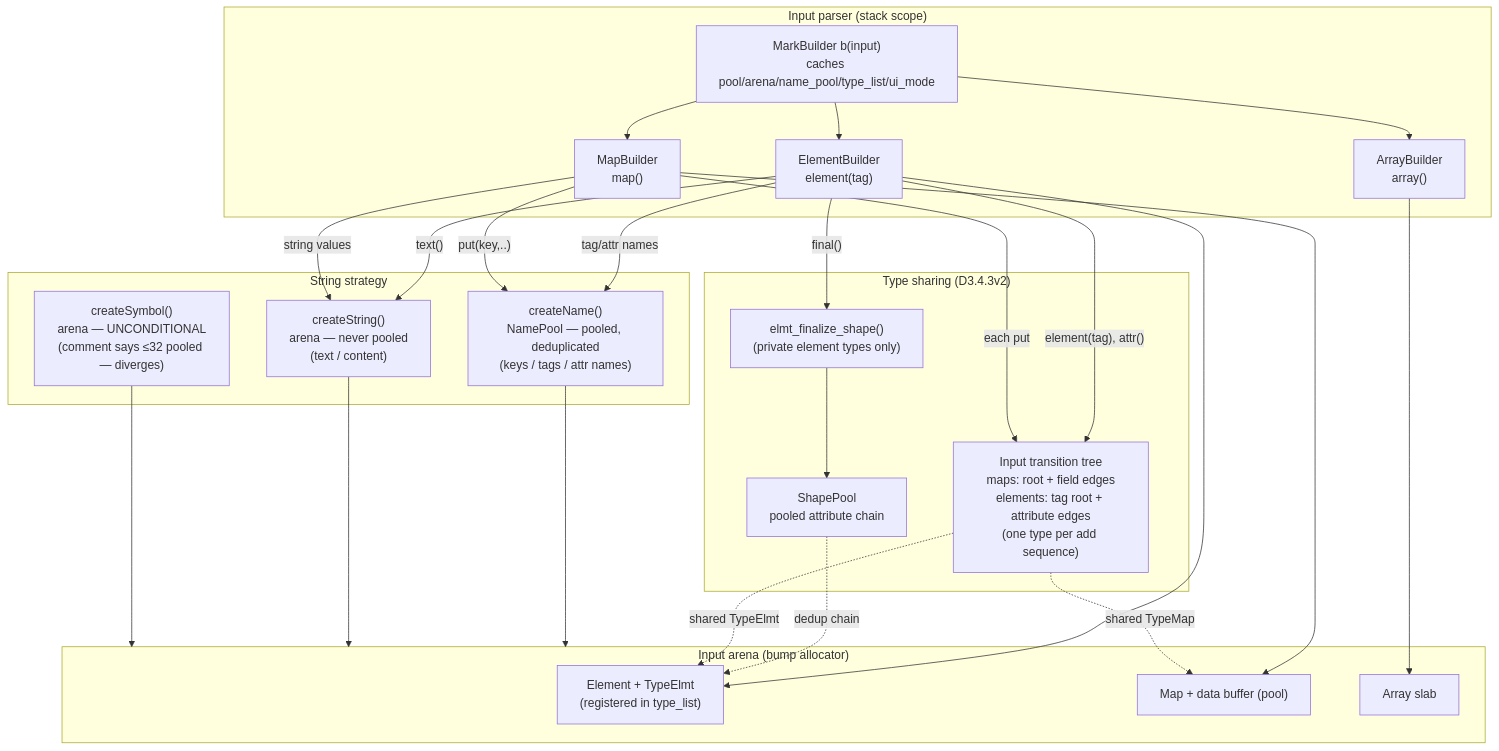
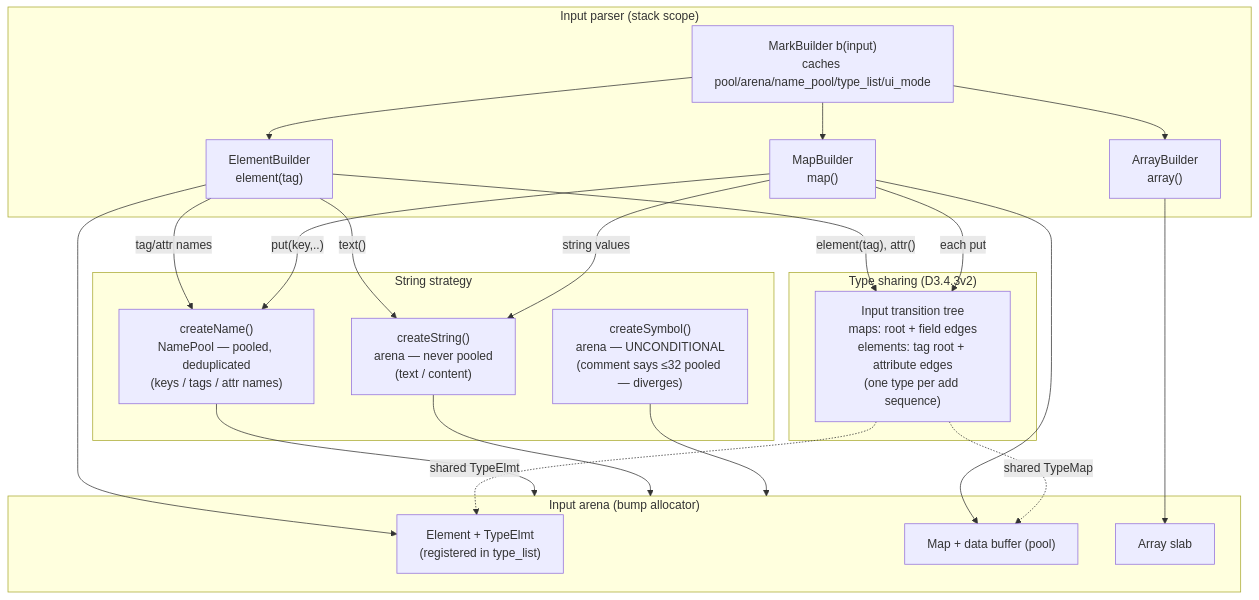
The diagram in doc/dev/lambda/diagram/d11_mark_builder.mmd (henry-luo/lambda), drawn with Mermaid before and after one commit. The commit also changed 33 other files, not shown here.

First line of the commit message:
retire the shape pool (P3)

```diff
--- a/doc/dev/lambda/diagram/d11_mark_builder.mmd
+++ b/doc/dev/lambda/diagram/d11_mark_builder.mmd
@@ -1,44 +1,40 @@
 flowchart TB
     subgraph Parser["Input parser (stack scope)"]
         MB["MarkBuilder b(input)\ncaches pool/arena/name_pool/type_list/ui_mode"]
         EB["ElementBuilder\nelement(tag)"]
         MapB["MapBuilder\nmap()"]
         ArrB["ArrayBuilder\narray()"]
     end
 
     subgraph Strings["String strategy"]
         CN["createName()\nNamePool — pooled, deduplicated\n(keys / tags / attr names)"]
         CS["createString()\narena — never pooled\n(text / content)"]
         CY["createSymbol()\narena — UNCONDITIONAL\n(comment says ≤32 pooled — diverges)"]
     end
 
     subgraph Arena["Input arena (bump allocator)"]
         ELMT["Element + TypeElmt\n(registered in type_list)"]
         MAP["Map + data buffer (pool)"]
         ARR["Array slab"]
     end
 
     subgraph Shapes["Type sharing (D3.4.3v2)"]
         TT["Input transition tree\nmaps: root + field edges\nelements: tag root + attribute edges\n(one type per add sequence)"]
-        FS1["elmt_finalize_shape()\n(private element types only)"]
-        SP["ShapePool\npooled attribute chain"]
     end
 
     MB --> EB & MapB & ArrB
     EB -- "tag/attr names" --> CN
     EB -- "text()" --> CS
     EB --> ELMT
     MapB -- "put(key,..)" --> CN
     MapB --> MAP
     ArrB --> ARR
     MapB -- "string values" --> CS
     CN --> Arena
     CS --> Arena
     CY --> Arena
 
     EB -- "element(tag), attr()" --> TT
-    EB -- "final()" --> FS1 --> SP
-    SP -. "dedup chain" .-> ELMT
     MapB -- "each put" --> TT
     TT -. "shared TypeMap" .-> MAP
     TT -. "shared TypeElmt" .-> ELMT
```
